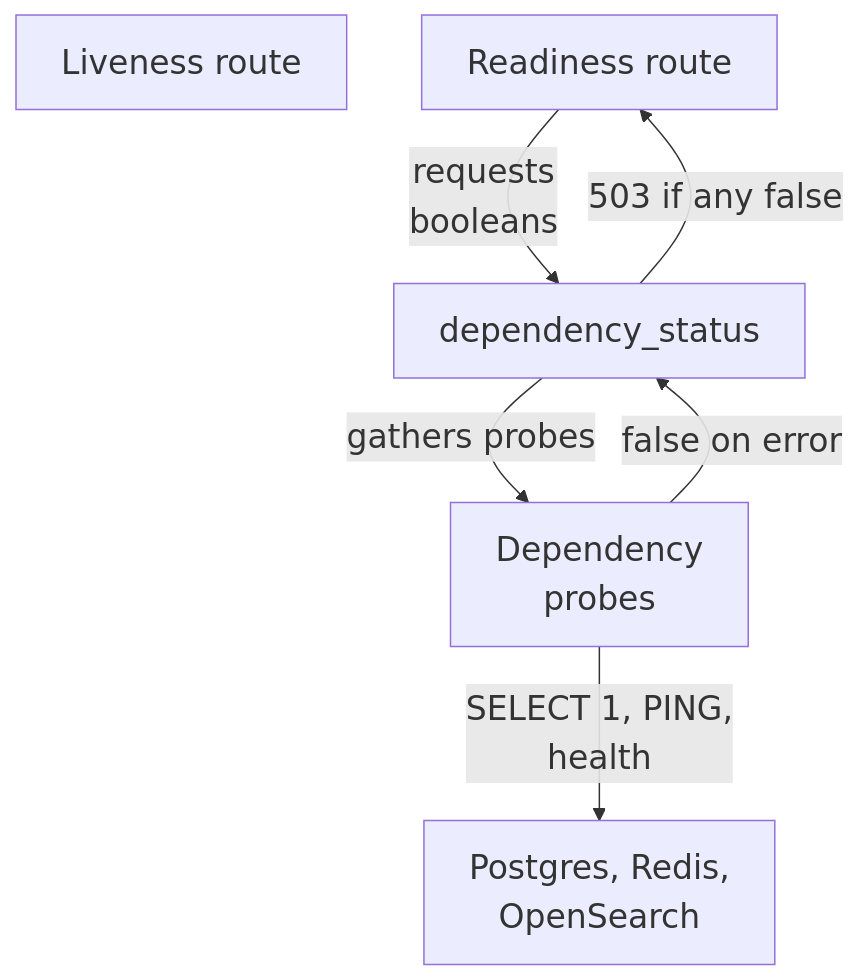
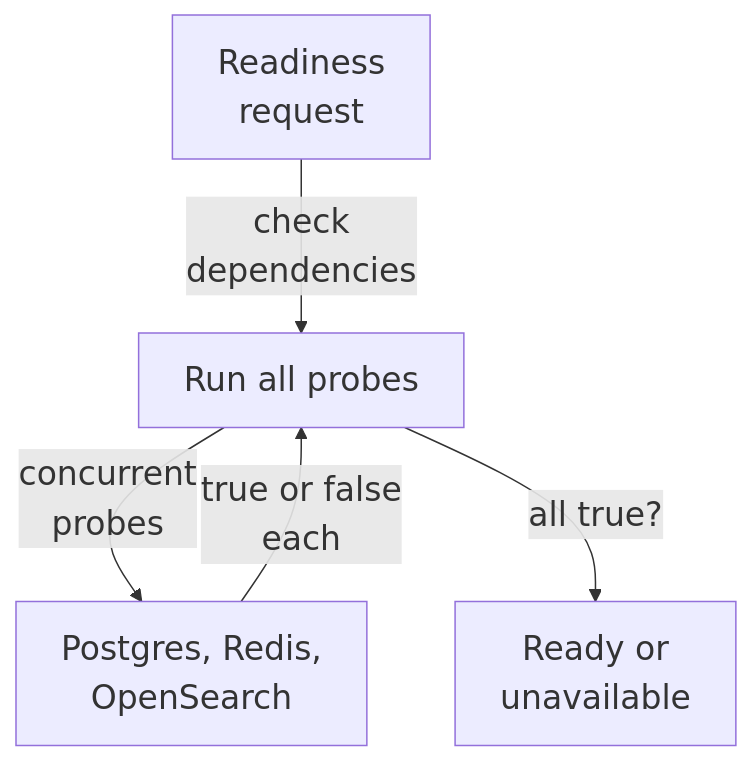
The third of 5 diagrams in maps/foundation/README.md (Justin-Mendoza/Afterclass), drawn with Mermaid before and after one commit. The commit also changed other lines of this file and 91 other files, not shown here.

````diff
--- a/maps/foundation/README.md
+++ b/maps/foundation/README.md
@@ -125,14 +92,12 @@
 ```mermaid
 %%{init: {"themeVariables": {"fontSize": "22px"}}}%%
 flowchart TD
-  n0["Liveness route"]
-  n1["Readiness route"]
-  n2["dependency_status"]
-  n3["Dependency<br/>probes"]
-  n4["Postgres, Redis,<br/>OpenSearch"]
-  n1 -->|"requests<br/>booleans"| n2
-  n2 -->|"gathers probes"| n3
-  n3 -->|"SELECT 1, PING,<br/>health"| n4
-  n3 -->|"false on error"| n2
-  n2 -->|"503 if any false"| n1
+  n0["Readiness<br/>request"]
+  n1["Run all probes"]
+  n2["Postgres, Redis,<br/>OpenSearch"]
+  n3["Ready or<br/>unavailable"]
+  n0 -->|"check<br/>dependencies"| n1
+  n1 -->|"concurrent<br/>probes"| n2
+  n2 -->|"true or false<br/>each"| n1
+  n1 -->|"all true?"| n3
 ```
````
